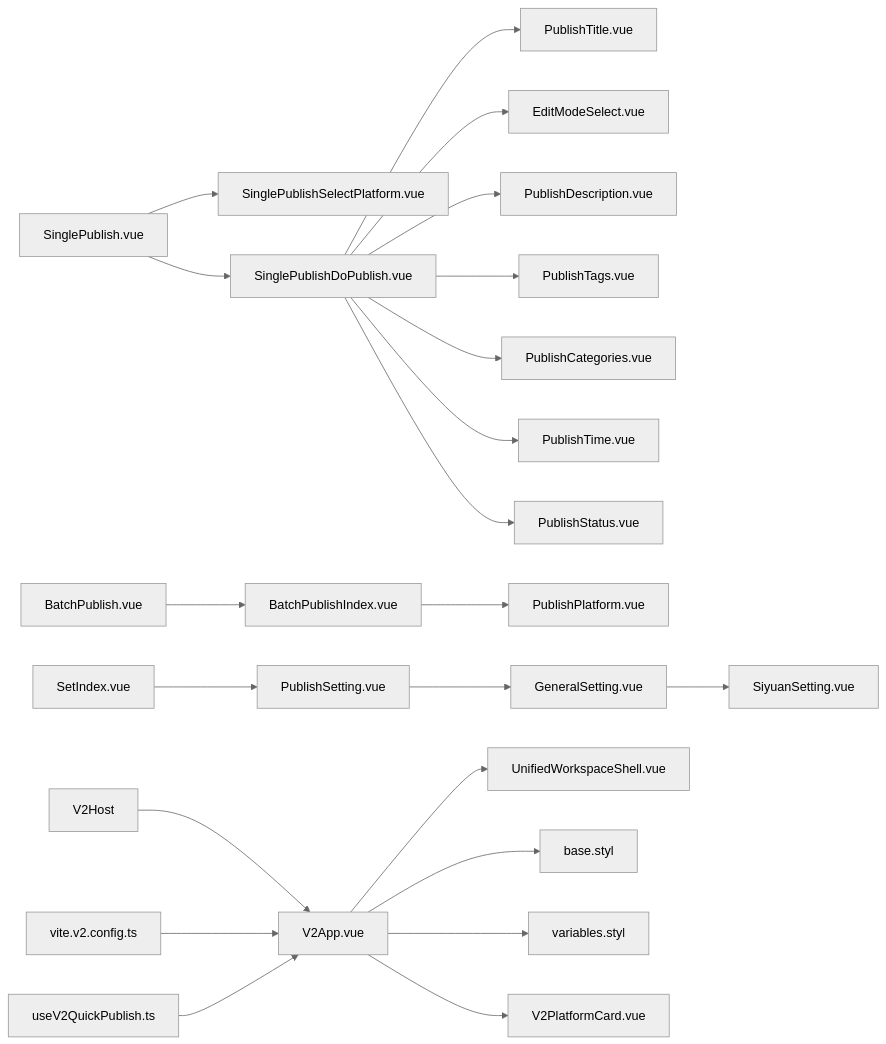
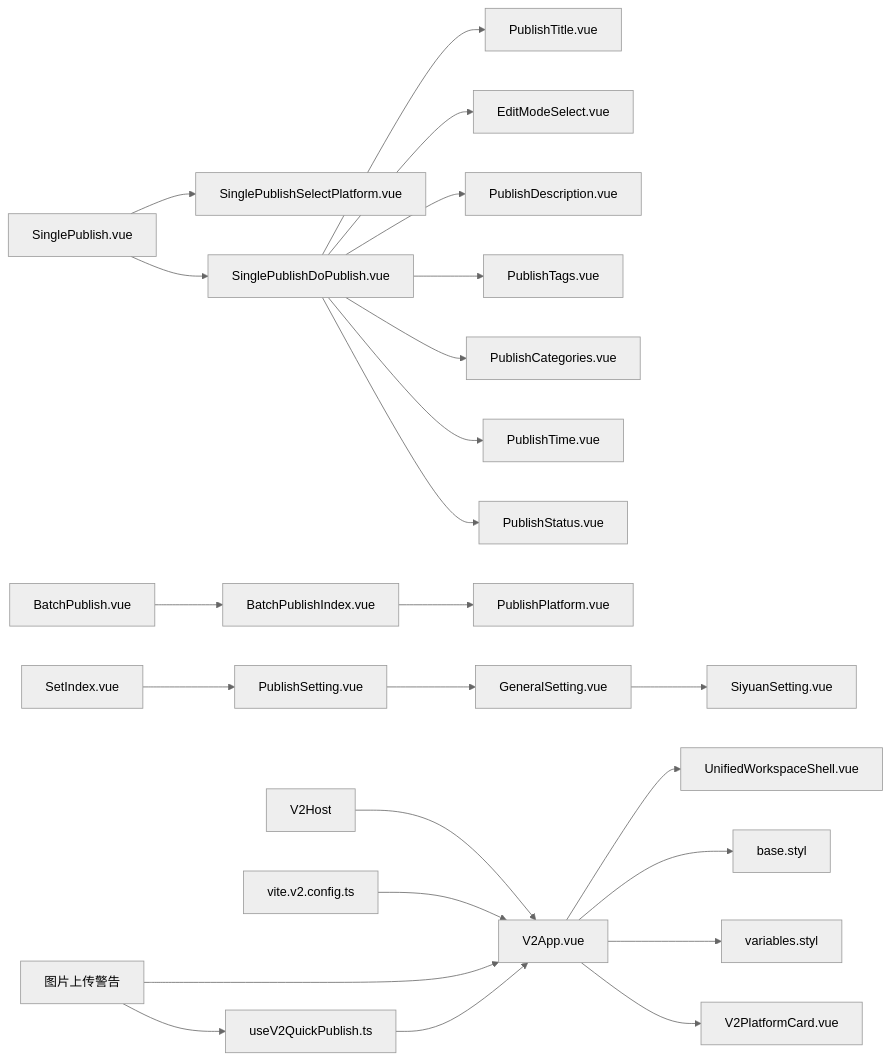
Before and after one commit to terwer/siyuan-plugin-publisher: the seventh of 7 diagrams in .qoder/repowiki/zh/content/用户界面组件/用户界面组件.md, drawn with Mermaid (neutral theme). The commit also changed other lines of this file and 5 other files, not shown here.

````diff
--- a/.qoder/repowiki/zh/content/用户界面组件/用户界面组件.md
+++ b/.qoder/repowiki/zh/content/用户界面组件/用户界面组件.md
@@ -748,24 +787,26 @@
 ```mermaid
 graph LR
 SP["SinglePublish.vue"] --> SPS["SinglePublishSelectPlatform.vue"]
 SP --> SPD["SinglePublishDoPublish.vue"]
 BP["BatchPublish.vue"] --> BPI["BatchPublishIndex.vue"]
 BPI --> PF["PublishPlatform.vue"]
 SPD --> PT["PublishTitle.vue"]
 SPD --> PES["EditModeSelect.vue"]
 SPD --> PD["PublishDescription.vue"]
 SPD --> PTAG["PublishTags.vue"]
 SPD --> PCAT["PublishCategories.vue"]
 SPD --> PTIM["PublishTime.vue"]
 SPD --> PSTA["PublishStatus.vue"]
 SI["SetIndex.vue"] --> PS["PublishSetting.vue"]
 PS --> GS["GeneralSetting.vue"]
 GS --> SS["SiyuanSetting.vue"]
 V2APP["V2App.vue"] --> UWS["UnifiedWorkspaceShell.vue"]
 V2APP --> BASE["base.styl"]
 V2APP --> VAR["variables.styl"]
 V2APP --> V2PLATFORMCARD["V2PlatformCard.vue"]
 V2HOST["V2Host"] --> V2APP
 VITE["vite.v2.config.ts"] --> V2APP
 COMPOSABLE["useV2QuickPublish.ts"] --> V2APP
+WARNING["图片上传警告"] --> V2APP
+WARNING --> COMPOSABLE
 ```
````
